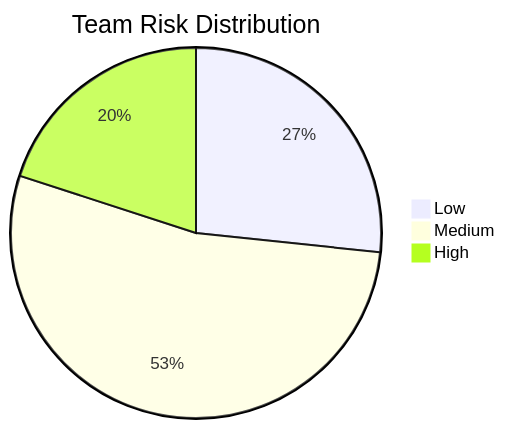
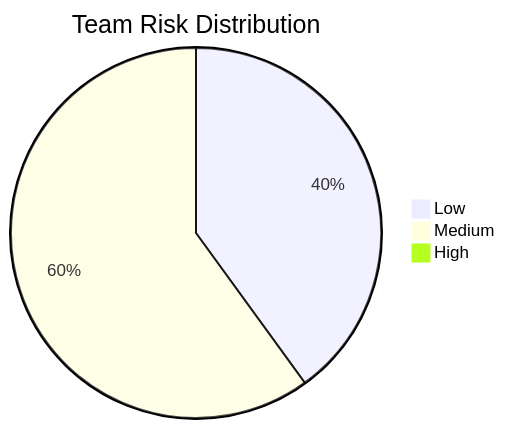
One commit to techsuresh82/fpl-analyzer changed the first of 6 diagrams in fpl_report.md. Above: the diagram before and after it, drawn with Mermaid. The commit also changed other lines of this file, not shown here.

````diff
--- a/fpl_report.md
+++ b/fpl_report.md
@@ -27,6 +27,6 @@
 ```mermaid
 pie title Team Risk Distribution
-    "Low" : 4
-    "Medium" : 8
-    "High" : 3
+    "Low" : 6
+    "Medium" : 9
+    "High" : 0
 ```
````
